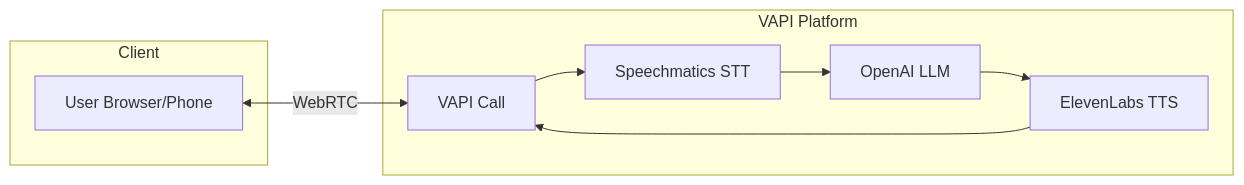
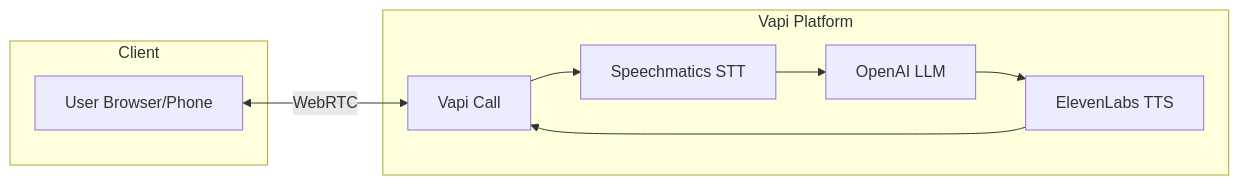
One commit to speechmatics/speechmatics-academy changed the diagram in integrations/vapi/01-voice-assistant/README.md. Above: the diagram before and after it, drawn with Mermaid. The commit also changed other lines of this file and 39 other files, not shown here.

````diff
--- a/integrations/vapi/01-voice-assistant/README.md
+++ b/integrations/vapi/01-voice-assistant/README.md
@@ -83,19 +96,19 @@
 ```mermaid
 flowchart LR
     subgraph Client
         USER[User Browser/Phone]
     end
 
-    subgraph VAPI Platform
-        ROOM[VAPI Call]
+    subgraph Vapi Platform
+        ROOM[Vapi Call]
         STT[Speechmatics STT]
         LLM[OpenAI LLM]
         TTS[ElevenLabs TTS]
     end
 
     USER <-->|WebRTC| ROOM
     ROOM --> STT
     STT --> LLM
     LLM --> TTS
     TTS --> ROOM
 ```
````
